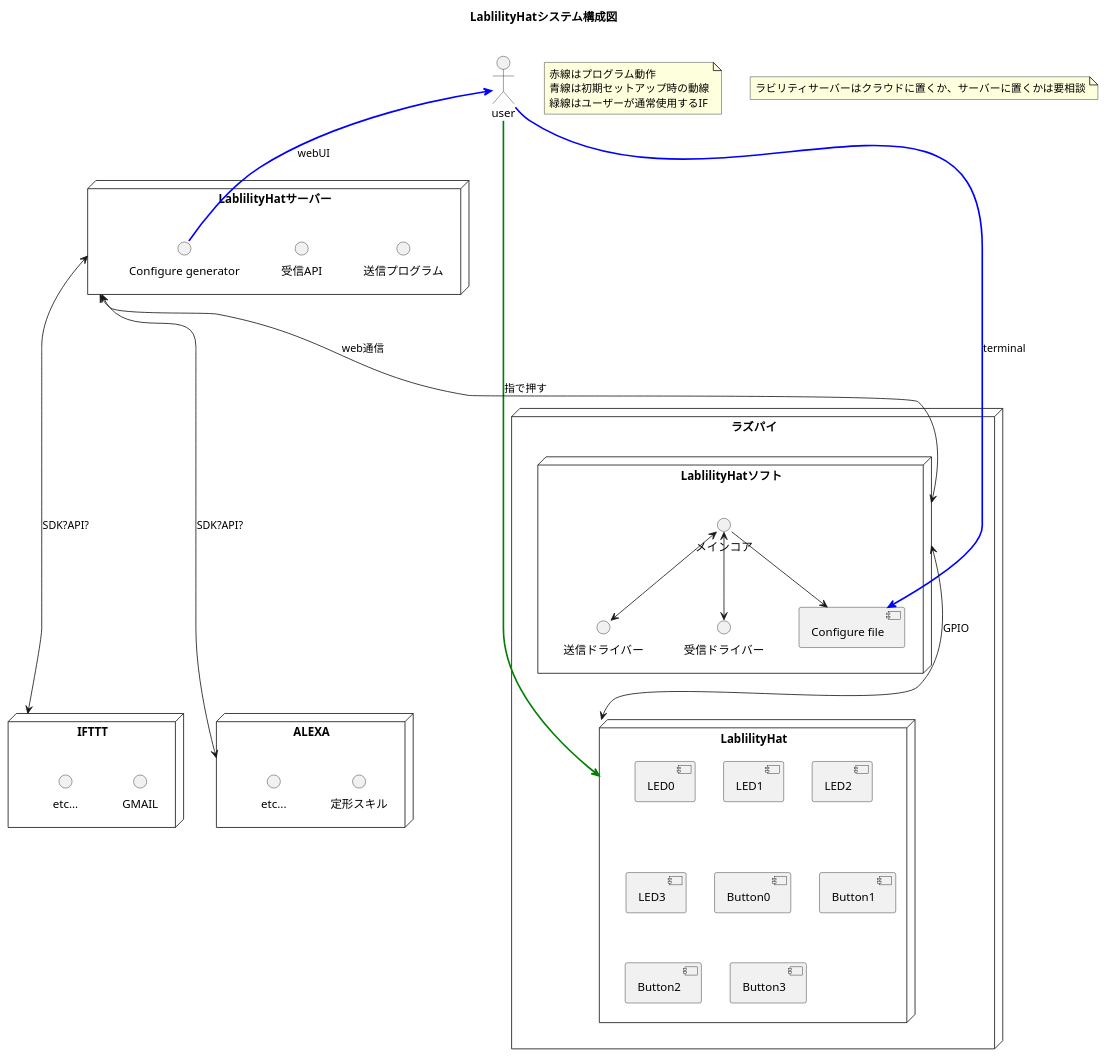
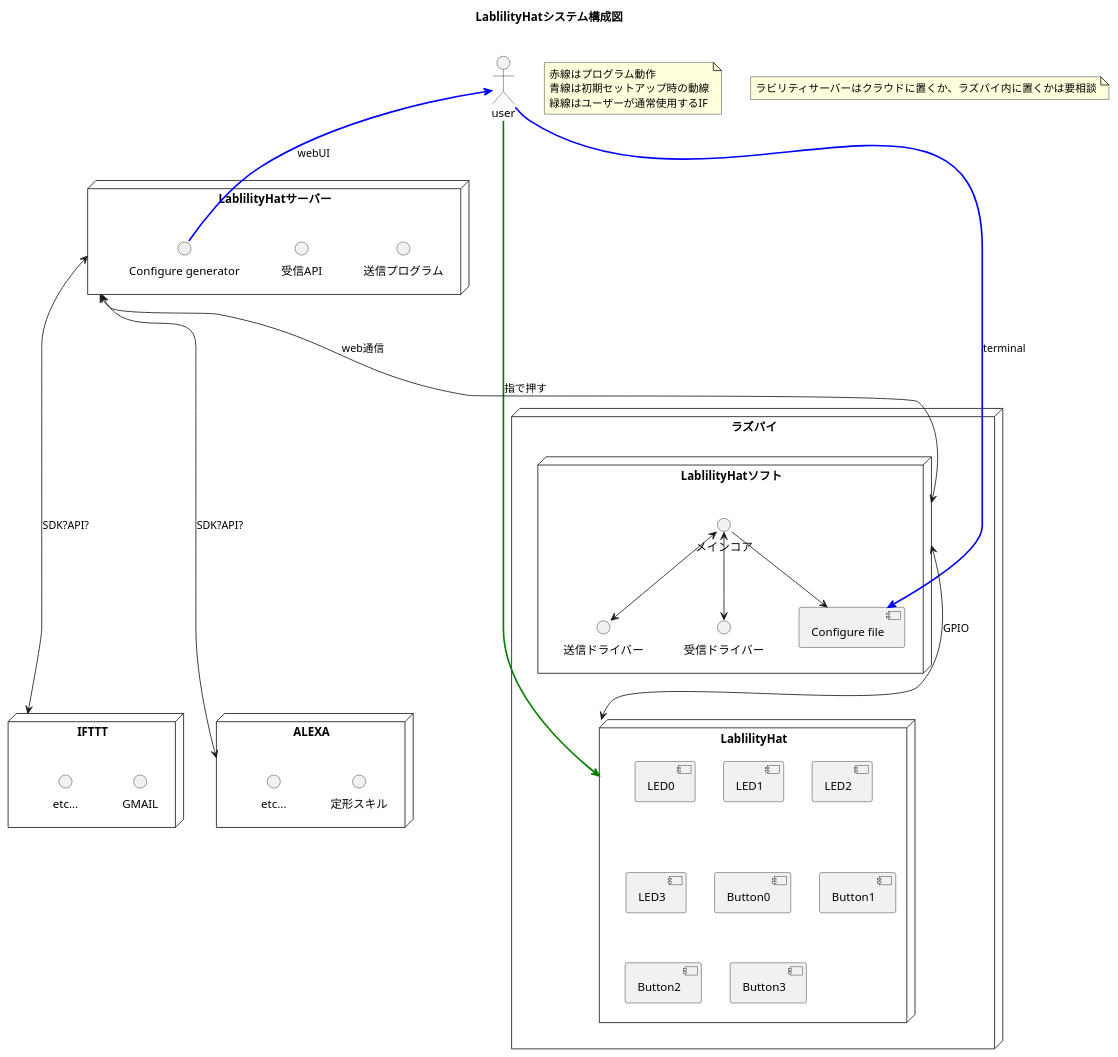
The diagram in system_configuration.pu (mkXultra/LablilityHat_software_design), drawn with PlantUML before and after one commit. The commit also changed 1 other file, not shown here.

```diff
--- a/system_configuration.pu
+++ b/system_configuration.pu
@@ -1,67 +1,67 @@
 @startuml
 title "LablilityHatシステム構成図"
 
 note as N1
  赤線はプログラム動作
  青線は初期セットアップ時の動線
  緑線はユーザーが通常使用するIF
 end note
 
 note as N2
-  ラビリティサーバーはクラウドに置くか、サーバーに置くかは要相談
+  ラビリティサーバーはクラウドに置くか、ラズパイ内に置くかは要相談
 end note
 
 node "ラズパイ"{
  node "LablilityHat"{
  component "LED0" 
  component "LED1" 
  component "LED2" 
  component "LED3" 
  component "Button0" 
  component "Button1" 
  component "Button2" 
  component "Button3" 
  }
 
  node "LablilityHatソフト"{
  interface "メインコア" as deviceSoftware
  interface "送信ドライバー" as deviceSend
  interface "受信ドライバー" as deviceReceive
  component "Configure file" as configure
  }
 }
 
 node "LablilityHatサーバー"{
  interface "送信プログラム" as serverSend
  interface "受信API" as serverReceive
  interface "Configure generator" as configureGene
 }
 
 node "IFTTT"{
  interface "GMAIL" as iftttGmail
  interface "etc..." as iftttEtc
 }
 
 node "ALEXA"{
  interface "定形スキル" as alexaGmail
  interface "etc..." as alexaEtc
 }
 
 "user"
 
 user -[bold,#green]-> LablilityHat :指で押す
 user <-[bold,#blue]- configureGene :webUI
 user -[bold,#blue]-> configure :terminal
 
 LablilityHatサーバー <---> LablilityHatソフト :web通信
 LablilityHatソフト <---> LablilityHat :GPIO
 
 deviceSoftware <--> deviceSend
 deviceSoftware <--> deviceReceive
 deviceSoftware --> configure
 
 LablilityHatサーバー <-----> ALEXA :SDK?API?
 LablilityHatサーバー <-----> IFTTT :SDK?API?
 
 
 @enduml
```
